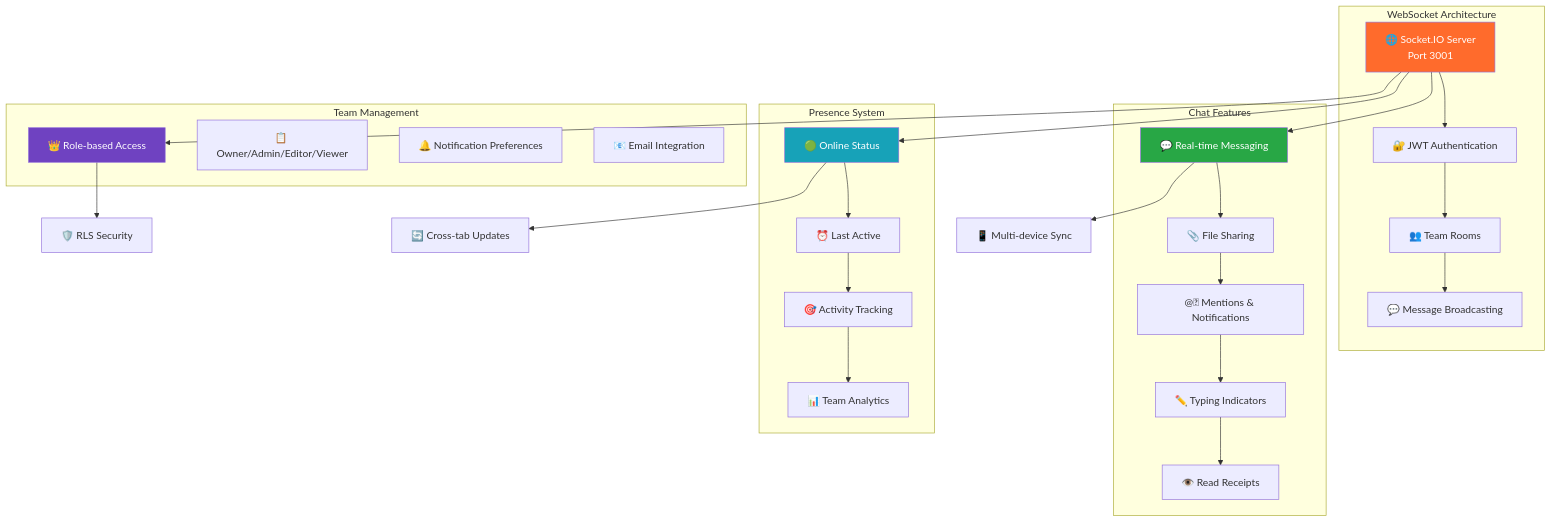
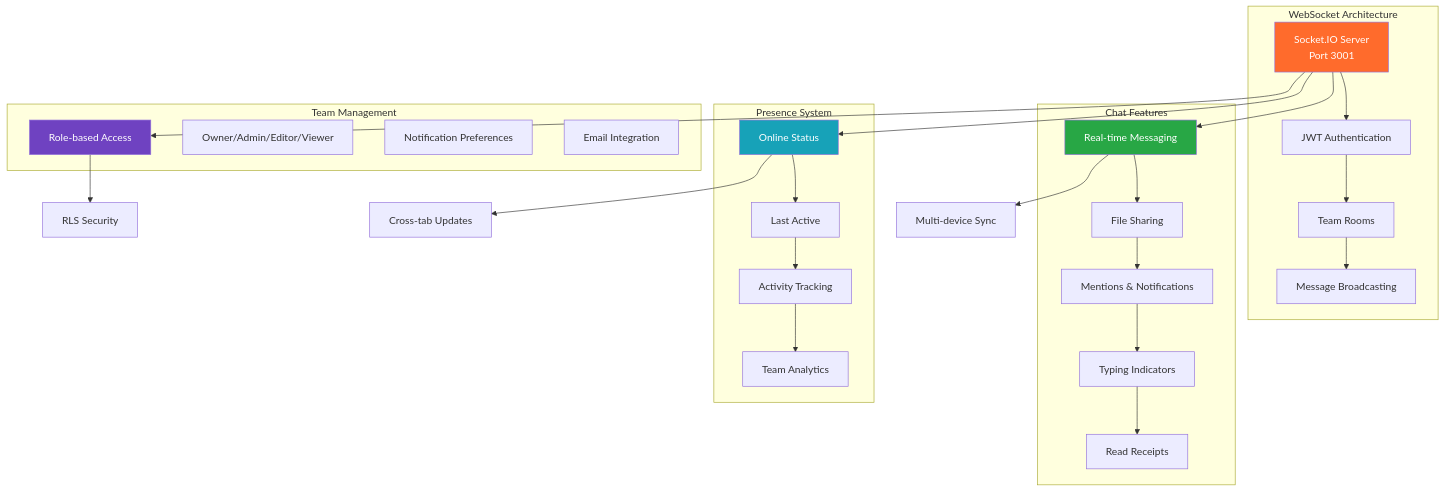
The fifth of 8 diagrams in README.md (Kedhareswer/thesisflow-ai), drawn with Mermaid before and after one commit. The commit also changed other lines of this file, not shown here.

````diff
--- a/README.md
+++ b/README.md
@@ -315,38 +298,38 @@
 ```mermaid
 flowchart TB
     subgraph "WebSocket Architecture"
-        A["🌐 Socket.IO Server<br/>Port 3001"] --> B["🔐 JWT Authentication"]
-        B --> C["👥 Team Rooms"]
-        C --> D["💬 Message Broadcasting"]
+        A[Socket.IO Server<br/>Port 3001] --> B[JWT Authentication]
+        B --> C[Team Rooms]
+        C --> D[Message Broadcasting]
     end
     
     subgraph "Chat Features"
-        E["💬 Real-time Messaging"] --> F["📎 File Sharing"]
-        F --> G["@️⃣ Mentions & Notifications"]
-        G --> H["✏️ Typing Indicators"]
-        H --> I["👁️ Read Receipts"]
+        E[Real-time Messaging] --> F[File Sharing]
+        F --> G[Mentions & Notifications]
+        G --> H[Typing Indicators]
+        H --> I[Read Receipts]
     end
     
     subgraph "Presence System"
-        J["🟢 Online Status"] --> K["⏰ Last Active"]
-        K --> L["🎯 Activity Tracking"]
-        L --> M["📊 Team Analytics"]
+        J[Online Status] --> K[Last Active]
+        K --> L[Activity Tracking]
+        L --> M[Team Analytics]
     end
     
     subgraph "Team Management"
-        N["👑 Role-based Access"]
-        O["📋 Owner/Admin/Editor/Viewer"]
-        P["🔔 Notification Preferences"]
-        Q["📧 Email Integration"]
+        N[Role-based Access]
+        O[Owner/Admin/Editor/Viewer]
+        P[Notification Preferences]
+        Q[Email Integration]
     end
     
     A --> E & J & N
-    E --> R["📱 Multi-device Sync"]
-    J --> S["🔄 Cross-tab Updates"]
-    N --> T["🛡️ RLS Security"]
+    E --> R[Multi-device Sync]
+    J --> S[Cross-tab Updates]
+    N --> T[RLS Security]
     
     style A fill:#FF6B2C,color:#fff
     style E fill:#28a745,color:#fff
     style J fill:#17a2b8,color:#fff
     style N fill:#6f42c1,color:#fff
 ```
````
